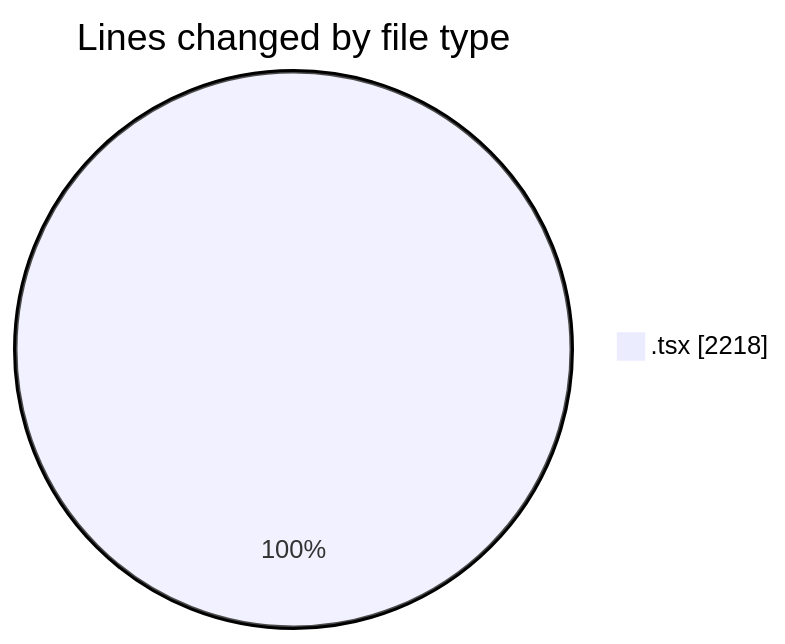
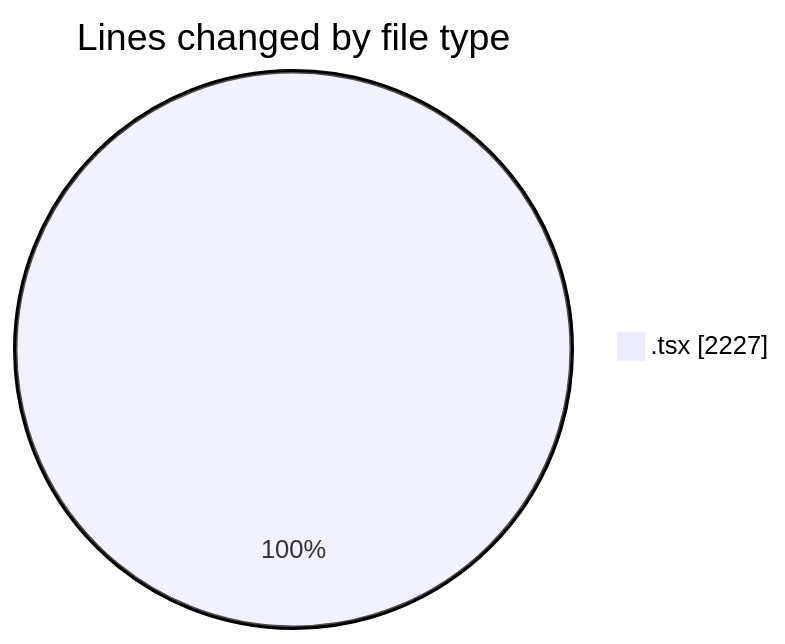
The first of 2 diagrams in 2026-03-05/nxtqube_webapp/README.md (nxtqubesakshisongat/code-tracking), drawn with Mermaid before and after one commit. The commit also changed other lines of this file and 1 other file, not shown here.

````diff
--- a/2026-03-05/nxtqube_webapp/README.md
+++ b/2026-03-05/nxtqube_webapp/README.md
@@ -21,5 +21,5 @@
 ```mermaid
 pie showData
 title Lines changed by file type
-".tsx" : 2218
+".tsx" : 2227
 ```
````
